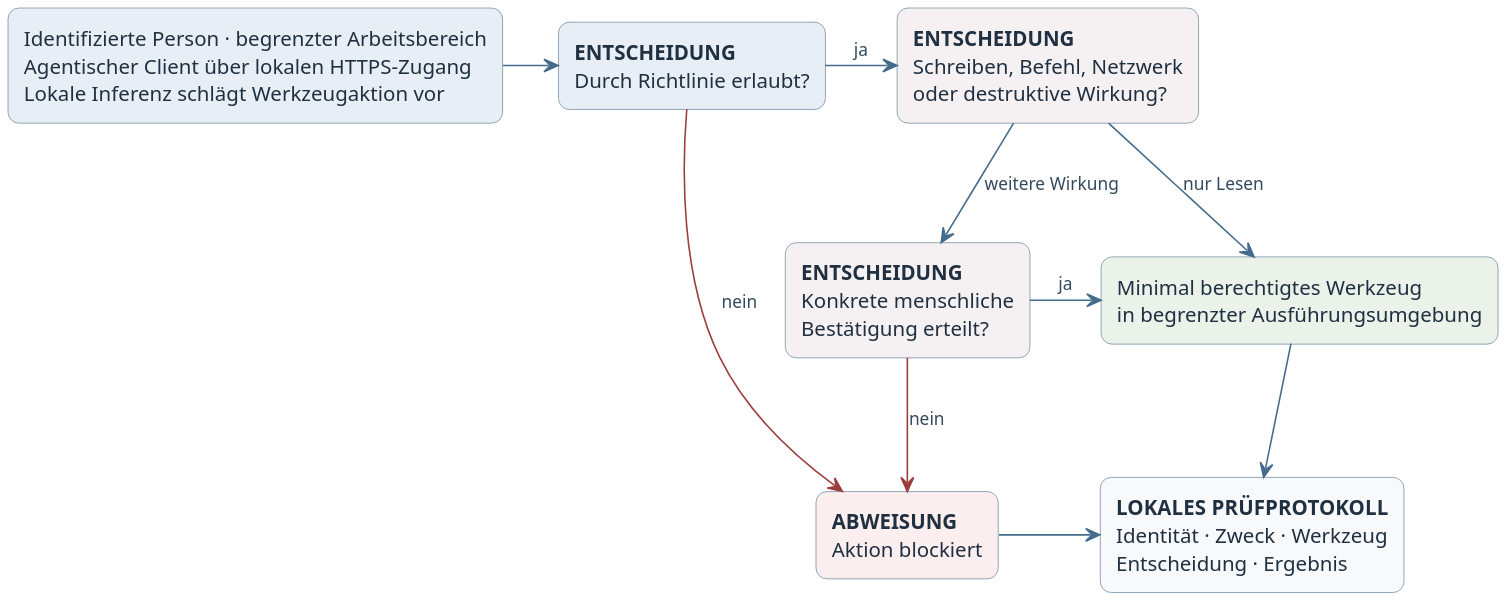
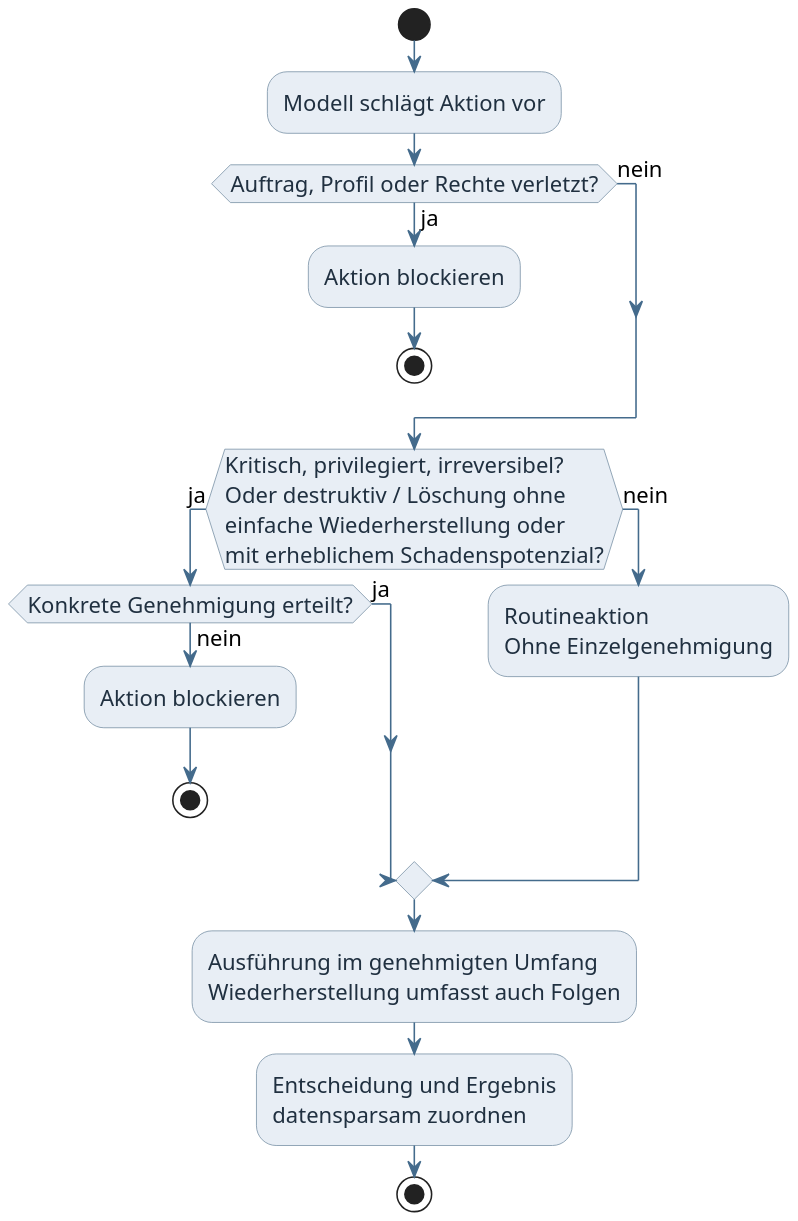
Before and after one commit to adrianweidig/allgemeines-ki-it-sicherheitskonzept: the diagram in diagramme/agentische-werkzeugnutzung.puml, drawn with PlantUML. The commit also changed 37 other files, not shown here.

```diff
--- a/diagramme/agentische-werkzeugnutzung.puml
+++ b/diagramme/agentische-werkzeugnutzung.puml
@@ -1,37 +1,37 @@
 @startuml
-top to bottom direction
-
 skinparam dpi 180
 skinparam backgroundColor #FFFFFF
 skinparam shadowing false
-skinparam roundCorner 14
 skinparam defaultFontName Arial
-skinparam defaultFontSize 13
+skinparam defaultFontSize 14
 skinparam ArrowColor #446B8C
-skinparam ArrowFontColor #334A5E
-skinparam ArrowFontSize 11
-skinparam rectangle {
+skinparam activity {
+  BackgroundColor #E8EEF5
   BorderColor #7890A5
-  BackgroundColor #F7F9FB
   FontColor #203040
 }
-
-rectangle "Identifizierte Person · begrenzter Arbeitsbereich\nAgentischer Client über lokalen HTTPS-Zugang\nLokale Inferenz schlägt Werkzeugaktion vor" as anfrage #E8EEF5
-rectangle "**ENTSCHEIDUNG**\nDurch Richtlinie erlaubt?" as richtlinie #E8EEF5
-rectangle "**ENTSCHEIDUNG**\nSchreiben, Befehl, Netzwerk\noder destruktive Wirkung?" as wirkung #F5F1F3
-rectangle "**ENTSCHEIDUNG**\nKonkrete menschliche\nBestätigung erteilt?" as bestaetigung #F5F1F3
-rectangle "Minimal berechtigtes Werkzeug\nin begrenzter Ausführungsumgebung" as ausfuehrung #EAF2EA
-rectangle "**ABWEISUNG**\nAktion blockiert" as blockiert #FBEEEE
-rectangle "**LOKALES PRÜFPROTOKOLL**\nIdentität · Zweck · Werkzeug\nEntscheidung · Ergebnis" as audit
-
-anfrage -right-> richtlinie
-richtlinie -right-> wirkung : ja
-richtlinie -down[#9B3D3D]-> blockiert : nein
-wirkung -down-> bestaetigung : weitere Wirkung
-wirkung -down-> ausfuehrung : nur Lesen
-bestaetigung -right-> ausfuehrung : ja
-bestaetigung -down[#9B3D3D]-> blockiert : nein
-ausfuehrung -down-> audit
-blockiert -right-> audit
-
+skinparam rectangle {
+  BackgroundColor #E8EEF5
+  BorderColor #7890A5
+  FontColor #203040
+}
+start
+:Modell schlägt Aktion vor;
+if (Auftrag, Profil oder Rechte verletzt?) then (ja)
+  :Aktion blockieren;
+  stop
+else (nein)
+endif
+if (Kritisch, privilegiert, irreversibel?\nOder destruktiv / Löschung ohne\neinfache Wiederherstellung oder\nmit erheblichem Schadenspotenzial?) then (ja)
+  if (Konkrete Genehmigung erteilt?) then (nein)
+    :Aktion blockieren;
+    stop
+  else (ja)
+  endif
+else (nein)
+  :Routineaktion\nOhne Einzelgenehmigung;
+endif
+:Ausführung im genehmigten Umfang\nWiederherstellung umfasst auch Folgen;
+:Entscheidung und Ergebnis\ndatensparsam zuordnen;
+stop
 @enduml
```
